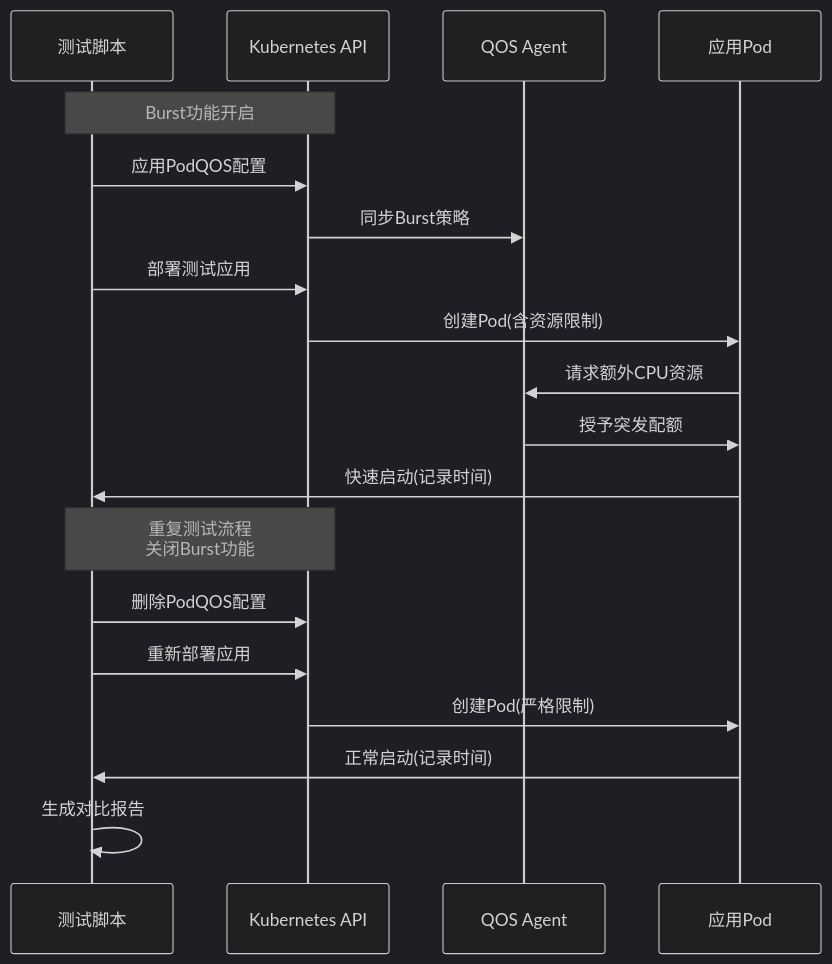
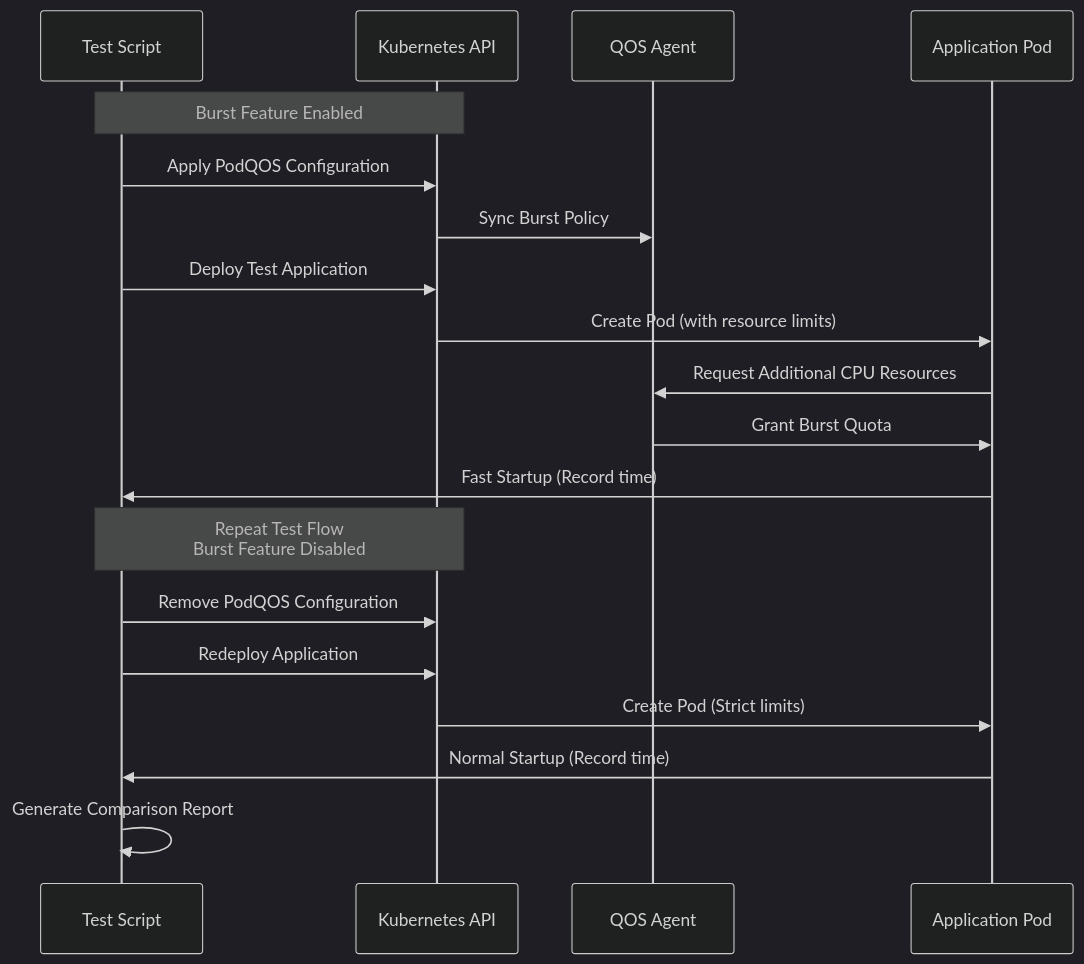
One commit to kestrelli/terraform-demo changed the second of 2 diagrams in README.md. Above: the diagram before and after it, drawn with Mermaid (dark theme). The commit also changed other lines of this file, not shown here.

````diff
--- a/README.md
+++ b/README.md
@@ -71,26 +74,26 @@
 ```mermaid
 sequenceDiagram
-    participant U as 测试脚本
+    participant U as Test Script
     participant K as Kubernetes API
     participant Q as QOS Agent
-    participant P as 应用Pod
+    participant P as Application Pod
    
-   Note over U, K: Burst功能开启
-    U->>K: 应用PodQOS配置
-    K->>Q: 同步Burst策略
-    U->>K: 部署测试应用
-    K->>P: 创建Pod(含资源限制)
+   Note over U, K: Burst Feature Enabled
+    U->>K: Apply PodQOS Configuration
+    K->>Q: Sync Burst Policy
+    U->>K: Deploy Test Application
+    K->>P: Create Pod (with resource limits)
     
     
-    P->>Q: 请求额外CPU资源
-    Q->>P: 授予突发配额
-    P->>U: 快速启动(记录时间)
+    P->>Q: Request Additional CPU Resources
+    Q->>P: Grant Burst Quota
+    P->>U: Fast Startup (Record time)
     
-    Note over U,K: 重复测试流程<br>关闭Burst功能
-    U->>K: 删除PodQOS配置
-    U->>K: 重新部署应用
-    K->>P: 创建Pod(严格限制)
-    P->>U: 正常启动(记录时间)
+    Note over U,K: Repeat Test Flow<br>Burst Feature Disabled
+    U->>K: Remove PodQOS Configuration
+    U->>K: Redeploy Application
+    K->>P: Create Pod (Strict limits)
+    P->>U: Normal Startup (Record time)
     
-    U->>U: 生成对比报告
+    U->>U: Generate Comparison Report
 ```
````
